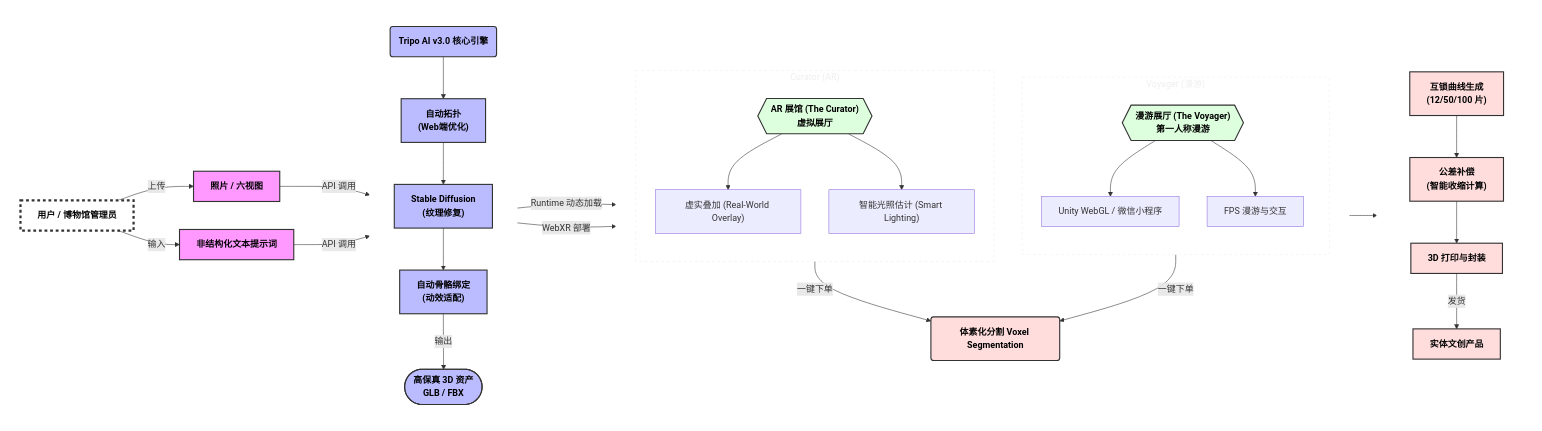
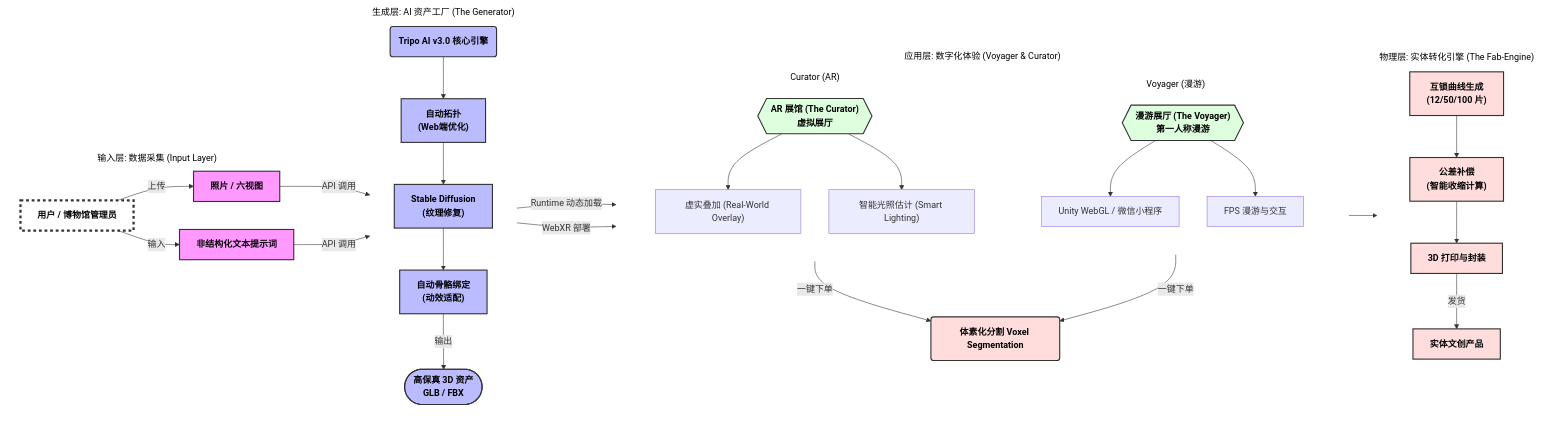
Before and after one commit to mayouer123456/Boundless_Treasures_BP: the diagram in Architecture_Diagram_Boundless_Treasures.md, drawn with Mermaid. The commit also changed 10 other files, not shown here.

Commit message:
Update diagram style: Transparent borders and export

````diff
--- a/Architecture_Diagram_Boundless_Treasures.md
+++ b/Architecture_Diagram_Boundless_Treasures.md
@@ -79,15 +79,15 @@
         D4 -->|发货| E1
     end
 
-    %% Subgraph Styling for Dark Background
-    style Input_Layer fill:none,stroke:#fff,stroke-width:2px,color:#fff
-    style Core_Layer fill:none,stroke:#fff,stroke-width:2px,color:#fff
-    style Application_Layer fill:none,stroke:#fff,stroke-width:2px,color:#fff
-    style Physical_Layer fill:none,stroke:#fff,stroke-width:2px,color:#fff
+    %% Subgraph Styling: Transparent Borders (No visible stroke)
+    style Input_Layer fill:none,stroke-width:0px,color:black
+    style Core_Layer fill:none,stroke-width:0px,color:black
+    style Application_Layer fill:none,stroke-width:0px,color:black
+    style Physical_Layer fill:none,stroke-width:0px,color:black
     
     %% Nested Subgraph Styling
-    style Voyager_Zone fill:none,stroke:#eee,stroke-width:1px,color:#eee,stroke-dasharray: 5 5
-    style Curator_Zone fill:none,stroke:#eee,stroke-width:1px,color:#eee,stroke-dasharray: 5 5
+    style Voyager_Zone fill:none,stroke-width:0px,color:black
+    style Curator_Zone fill:none,stroke-width:0px,color:black
 
 
 ```
````
